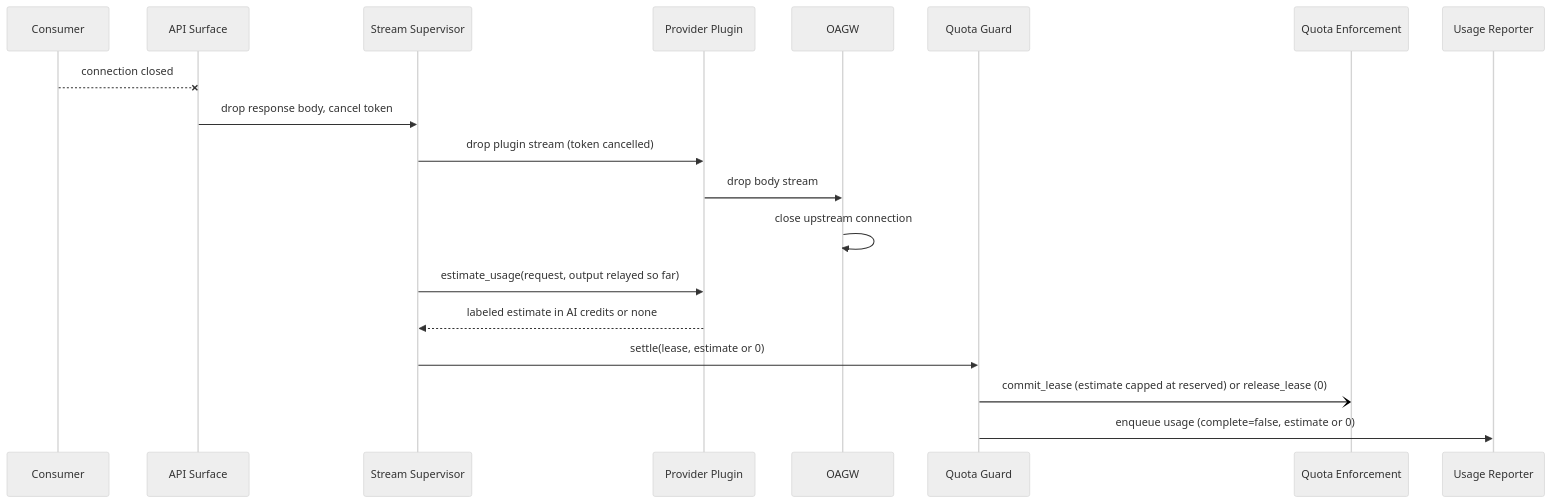
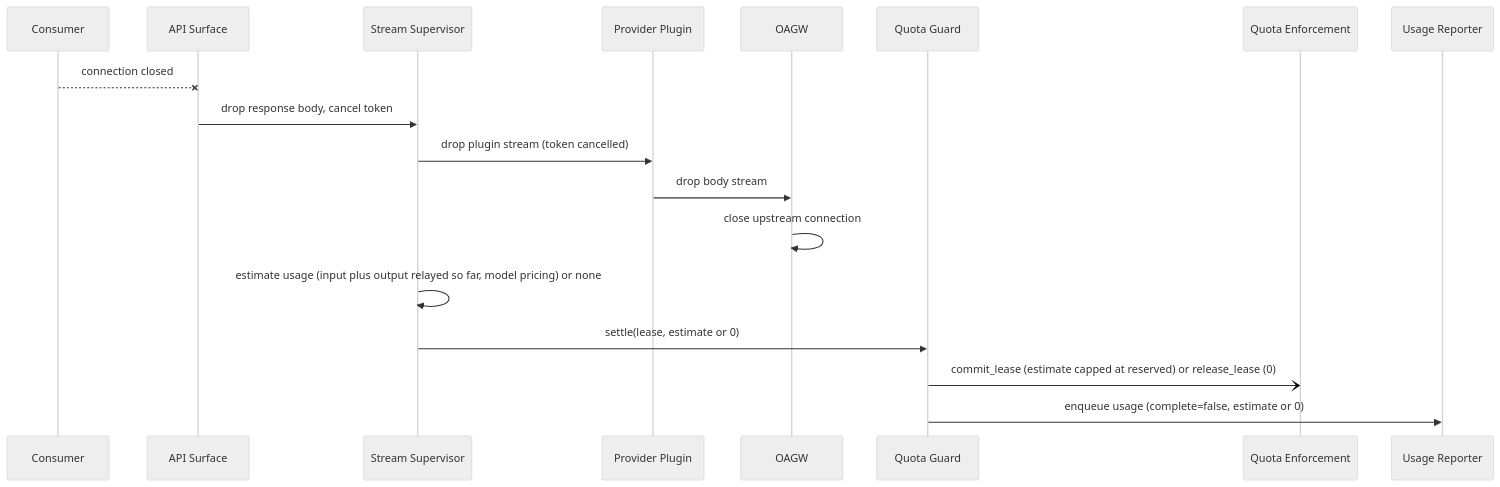
Before and after one commit to AndIConstructor/gears-rust: the fifth of 15 diagrams in gears/llm-gateway/docs/DESIGN.md, drawn with Mermaid (neutral theme). The commit also changed other lines of this file, not shown here.

````diff
--- a/gears/llm-gateway/docs/DESIGN.md
+++ b/gears/llm-gateway/docs/DESIGN.md
@@ -894,21 +889,20 @@
 ```mermaid
 sequenceDiagram
     participant C as Consumer
     participant API as API Surface
     participant S as Stream Supervisor
     participant PL as Provider Plugin
     participant O as OAGW
     participant QG as Quota Guard
     participant QE as Quota Enforcement
     participant UR as Usage Reporter
     C--xAPI: connection closed
     API->>S: drop response body, cancel token
     S->>PL: drop plugin stream (token cancelled)
     PL->>O: drop body stream
     O->>O: close upstream connection
-    S->>PL: estimate_usage(request, output relayed so far)
-    PL-->>S: labeled estimate in AI credits or none
+    S->>S: estimate usage (input plus output relayed so far, model pricing) or none
     S->>QG: settle(lease, estimate or 0)
     QG-)QE: commit_lease (estimate capped at reserved) or release_lease (0)
     QG->>UR: enqueue usage (complete=false, estimate or 0)
 ```
````
